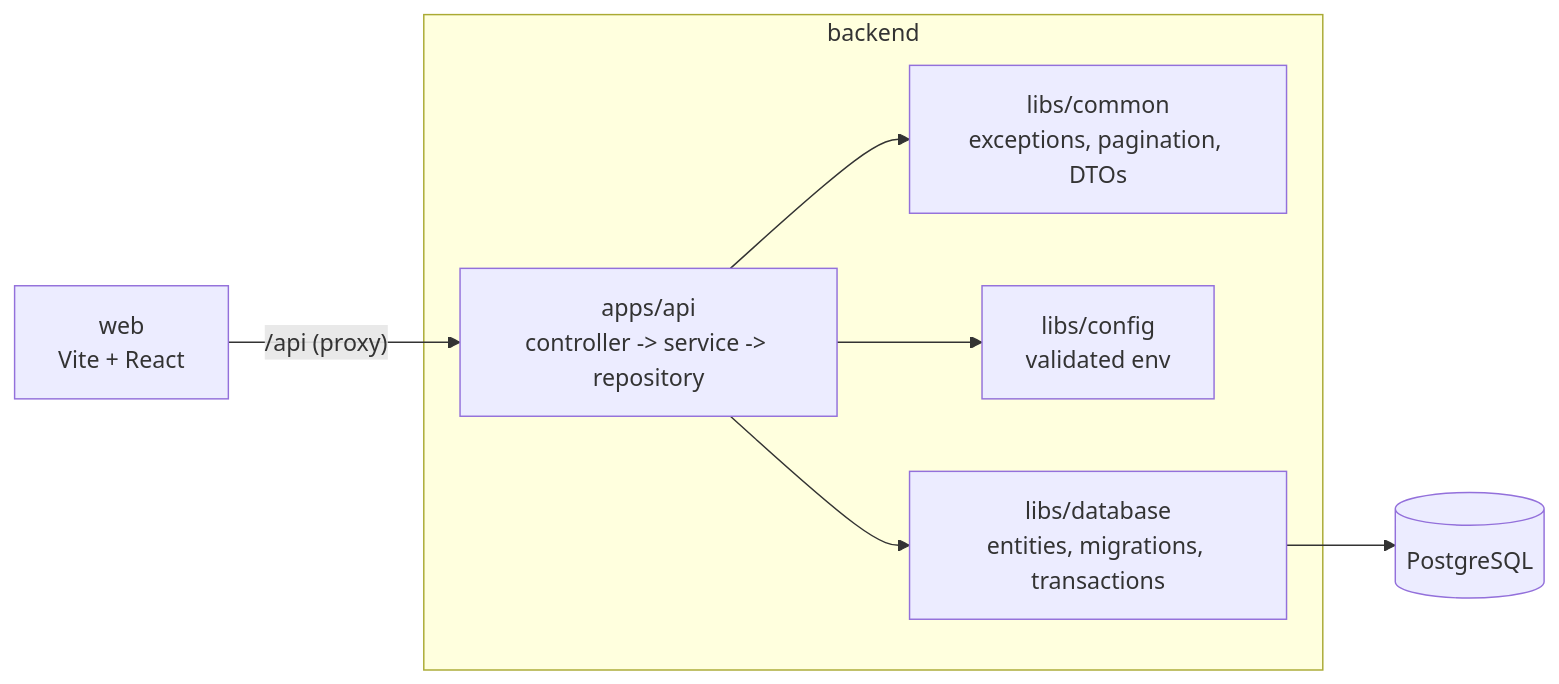
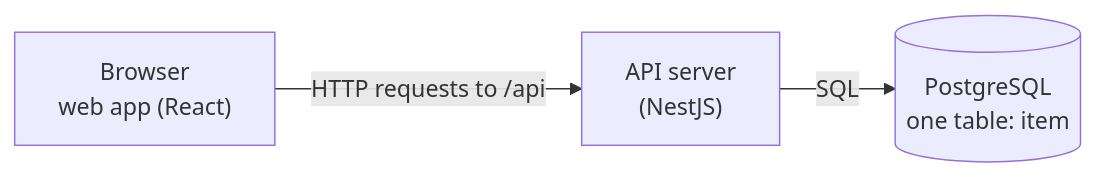
The first of 2 diagrams in README.md (janroker/treefs), drawn with Mermaid before and after one commit. The commit also changed other lines of this file, not shown here.

````diff
--- a/README.md
+++ b/README.md
@@ -14,14 +32,5 @@
 ```mermaid
 flowchart LR
-  web["web<br/>Vite + React"] -- "/api (proxy)" --> api
-  subgraph backend
-    api["apps/api<br/>controller -> service -> repository"]
-    common["libs/common<br/>exceptions, pagination, DTOs"]
-    config["libs/config<br/>validated env"]
-    database["libs/database<br/>entities, migrations, transactions"]
-    api --> common
-    api --> config
-    api --> database
-  end
-  database --> pg[("PostgreSQL")]
+  browser["Browser<br/>web app (React)"] -- "HTTP requests to /api" --> api["API server<br/>(NestJS)"]
+  api -- "SQL" --> db[("PostgreSQL<br/>one table: item")]
 ```
````
